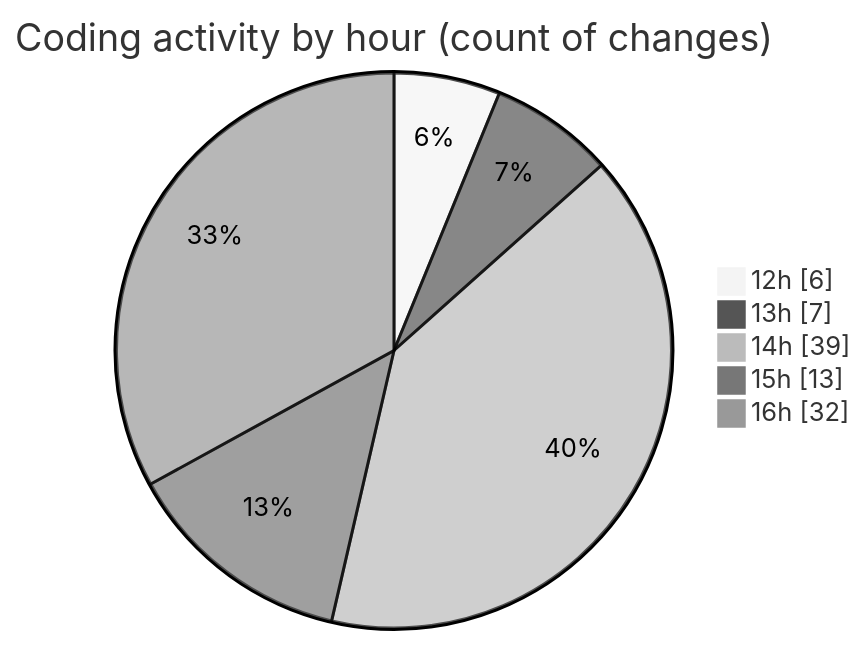
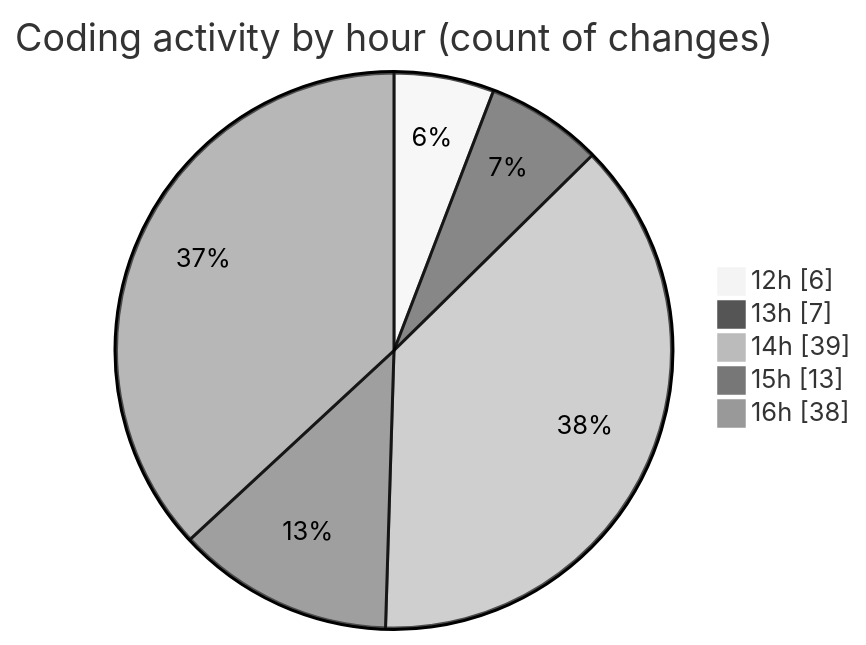
One commit to nxtqubesakshisongat/code-tracking changed the second of 2 diagrams in 2025-05-26/nxtqube_webapp/README.md. Above: the diagram before and after it, drawn with Mermaid (neutral theme). The commit also changed other lines of this file and 1 other file, not shown here.

````diff
--- a/2025-05-26/nxtqube_webapp/README.md
+++ b/2025-05-26/nxtqube_webapp/README.md
@@ -30,9 +30,9 @@
 ```mermaid
 pie showData
 title Coding activity by hour (count of changes)
 "12h" : 6
 "13h" : 7
 "14h" : 39
 "15h" : 13
-"16h" : 32
+"16h" : 38
 ```
````
